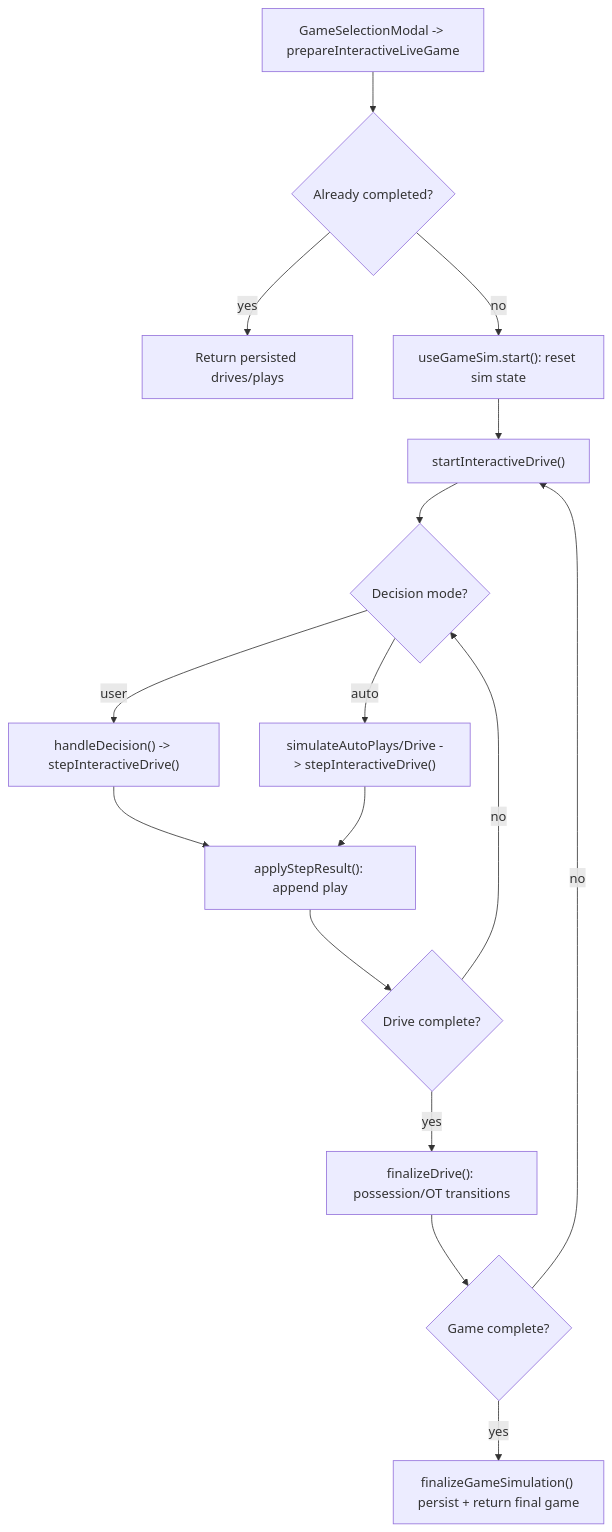
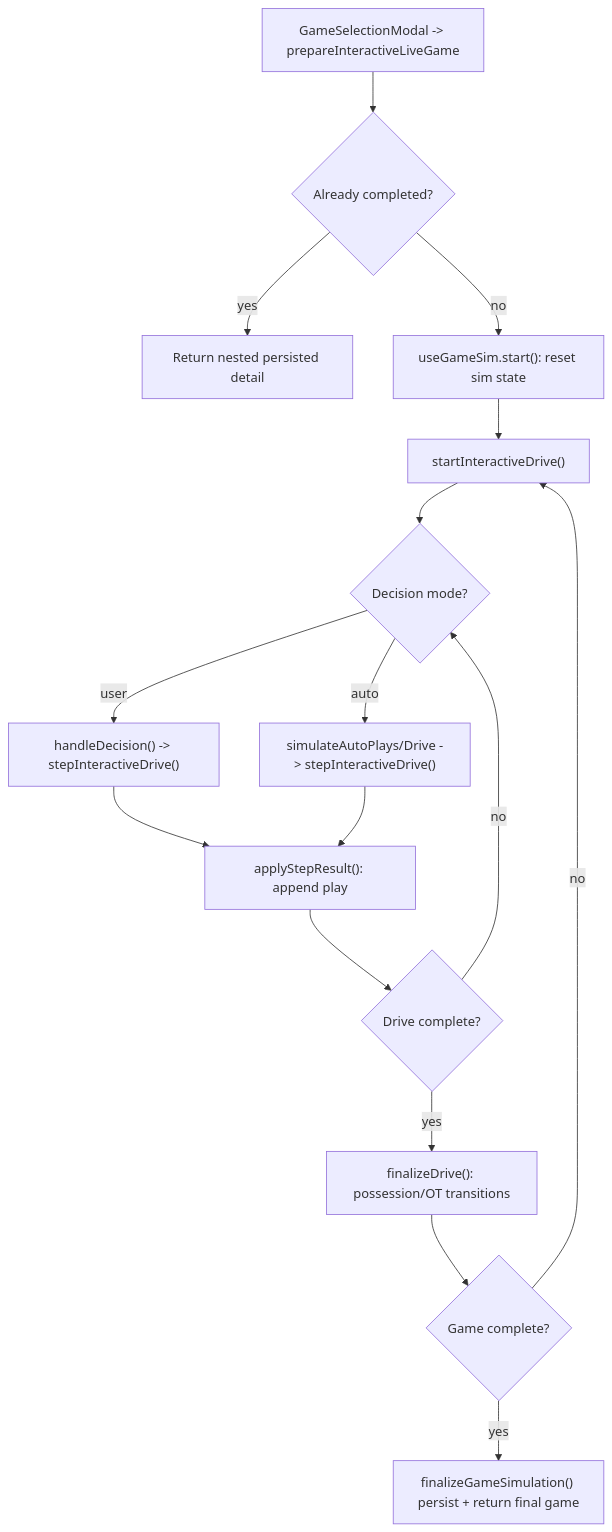
Before and after one commit to rdettling/cfbsim: the second of 2 diagrams in docs/systems/simulation-engine.md, drawn with Mermaid. The commit also changed other lines of this file and 92 other files, not shown here.

````diff
--- a/docs/systems/simulation-engine.md
+++ b/docs/systems/simulation-engine.md
@@ -62,18 +67,18 @@
 ```mermaid
 flowchart TD
   A["GameSelectionModal -> prepareInteractiveLiveGame"] --> B{"Already completed?"}
-  B -- yes --> C["Return persisted drives/plays"]
+  B -- yes --> C["Return nested persisted detail"]
   B -- no --> D["useGameSim.start(): reset sim state"]
   D --> E["startInteractiveDrive()"]
   E --> F{"Decision mode?"}
   F -- user --> G["handleDecision() -> stepInteractiveDrive()"]
   F -- auto --> H["simulateAutoPlays/Drive -> stepInteractiveDrive()"]
   G --> I["applyStepResult(): append play"]
   H --> I
   I --> J{"Drive complete?"}
   J -- no --> F
   J -- yes --> K["finalizeDrive(): possession/OT transitions"]
   K --> L{"Game complete?"}
   L -- no --> E
   L -- yes --> M["finalizeGameSimulation() persist + return final game"]
 ```
````
